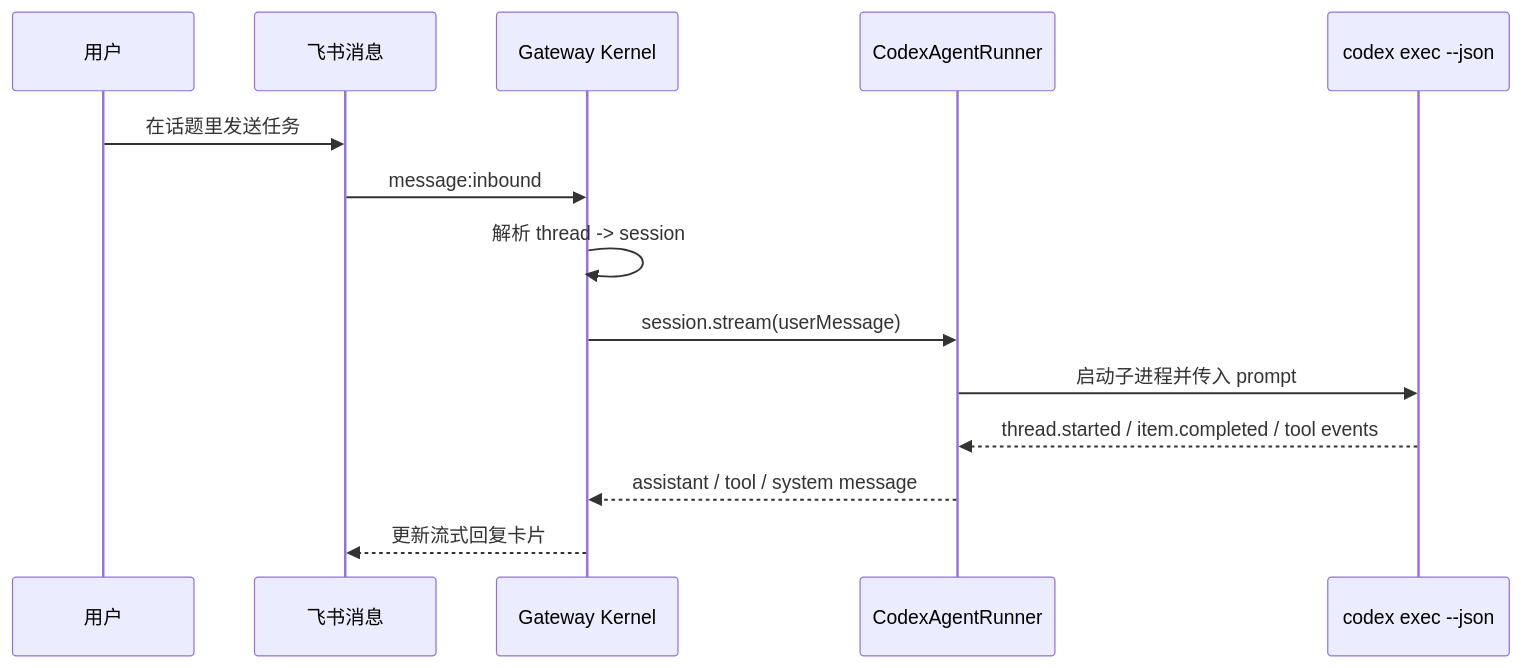
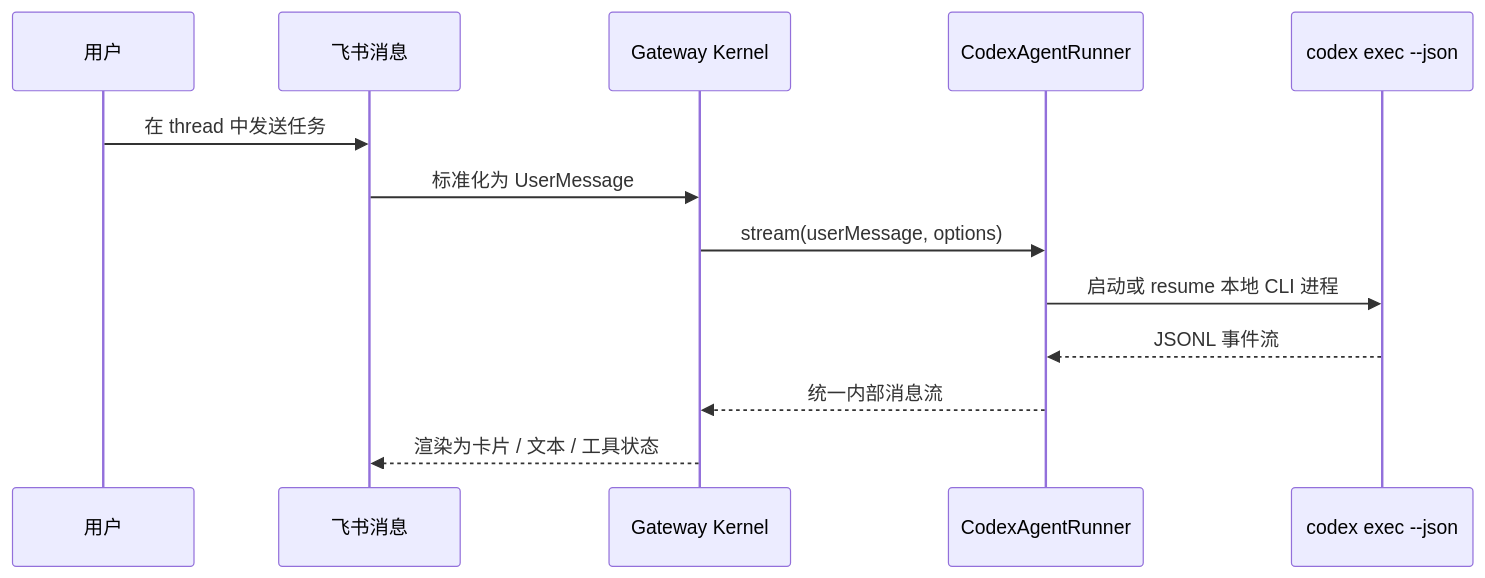
The second of 5 diagrams in docs/algorithms/LLM/inbox/260607_local_agent_runtime_agentara.md (catwithtudou/new_blog), drawn with Mermaid before and after one commit. The commit also changed other lines of this file and 8 other files, not shown here.

````diff
--- a/docs/algorithms/LLM/inbox/260607_local_agent_runtime_agentara.md
+++ b/docs/algorithms/LLM/inbox/260607_local_agent_runtime_agentara.md
@@ -149,17 +159,16 @@
 ```mermaid
 sequenceDiagram
-    participant User as 用户
-    participant Feishu as 飞书消息
-    participant Kernel as Gateway Kernel
-    participant Runner as CodexAgentRunner
-    participant Codex as codex exec --json
+  participant User as 用户
+  participant Feishu as 飞书消息
+  participant Kernel as Gateway Kernel
+  participant Runner as CodexAgentRunner
+  participant Codex as codex exec --json
 
-    User->>Feishu: 在话题里发送任务
-    Feishu->>Kernel: message:inbound
-    Kernel->>Kernel: 解析 thread -> session
-    Kernel->>Runner: session.stream(userMessage)
-    Runner->>Codex: 启动子进程并传入 prompt
-    Codex-->>Runner: thread.started / item.completed / tool events
-    Runner-->>Kernel: assistant / tool / system message
-    Kernel-->>Feishu: 更新流式回复卡片
+  User->>Feishu: 在 thread 中发送任务
+  Feishu->>Kernel: 标准化为 UserMessage
+  Kernel->>Runner: stream(userMessage, options)
+  Runner->>Codex: 启动或 resume 本地 CLI 进程
+  Codex-->>Runner: JSONL 事件流
+  Runner-->>Kernel: 统一内部消息流
+  Kernel-->>Feishu: 渲染为卡片 / 文本 / 工具状态
 ```
````
